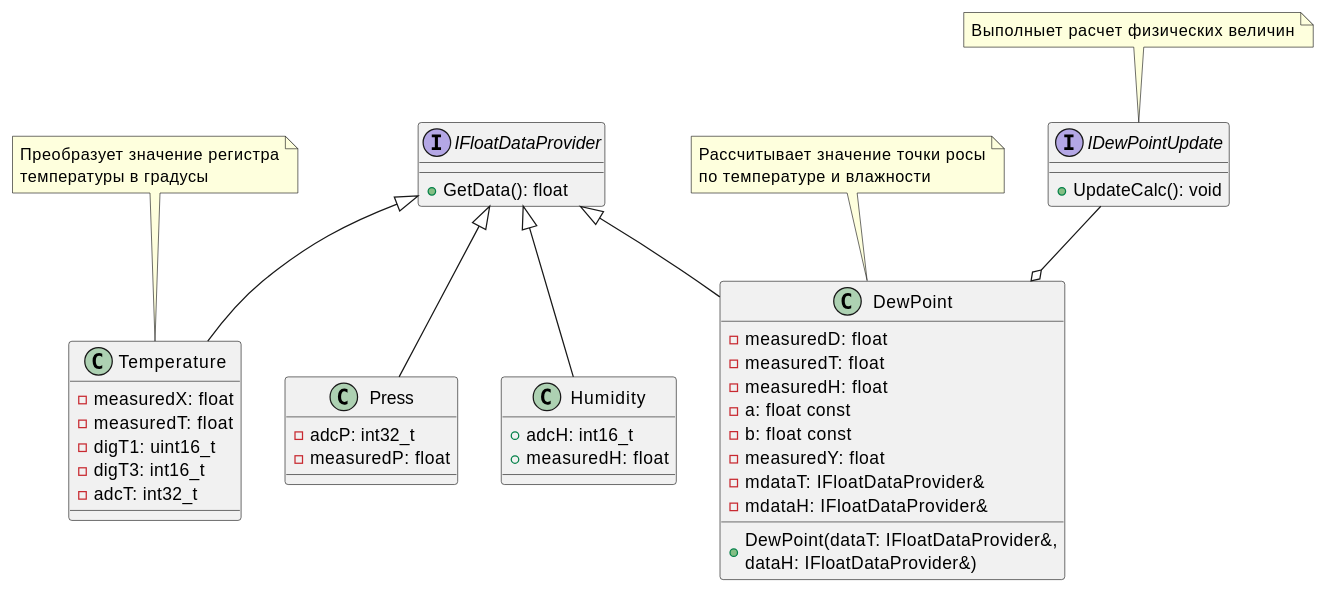
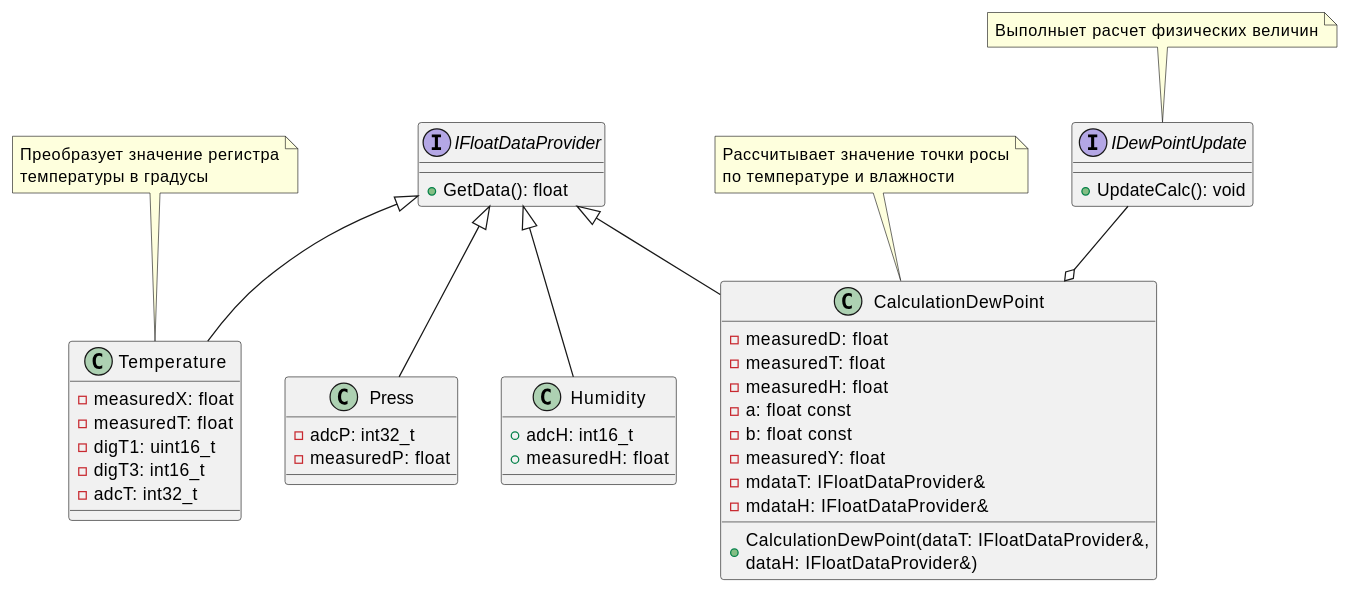
Before and after one commit to Alexandro103/Laba: the fourth of 5 diagrams in Diagrams.adoc, drawn with PlantUML. The commit also changed other lines of this file, not shown here.

```diff
--- a/Diagrams.adoc
+++ b/Diagrams.adoc
@@ -224,57 +235,57 @@
 [plantuml]
 ----
 @startuml
 
 interface IDewPointUpdate {
     +UpdateCalc(): void
 }
 
 interface IFloatDataProvider {
     +GetData(): float
 }
 
 class Temperature {
     -measuredX: float
     -measuredT: float
     -digT1: uint16_t
     -digT3: int16_t
     -adcT: int32_t
 }
 
 class Press {
     -adcP: int32_t
     -measuredP: float
 }
 
 class Humidity {
     +adcH: int16_t
     +measuredH: float
 }
 
-class DewPoint {
+class CalculationDewPoint {
     -measuredD: float
     -measuredT: float
     -measuredH: float
     -a: float const
     -b: float const
     -measuredY: float
     -mdataT: IFloatDataProvider&
     -mdataH: IFloatDataProvider&
-    +DewPoint(dataT: IFloatDataProvider&,\ndataH: IFloatDataProvider&)
+    +CalculationDewPoint(dataT: IFloatDataProvider&,\ndataH: IFloatDataProvider&)
 }
 
-note top of DewPoint: Рассчитывает значение точки росы\nпо температуре и влажности
+note top of CalculationDewPoint: Рассчитывает значение точки росы\nпо температуре и влажности
 note top of Temperature: Преобразует значение регистра\nтемпературы в градусы
 note top of IDewPointUpdate: Выполныет расчет физических величин
 
-IDewPointUpdate --o DewPoint
+IDewPointUpdate --o CalculationDewPoint
 
 
 IFloatDataProvider <|-- Temperature
 IFloatDataProvider <|-- Humidity
-IFloatDataProvider <|-- DewPoint
+IFloatDataProvider <|-- CalculationDewPoint
 IFloatDataProvider <|-- Press
 
 @enduml
 
 ----
```
